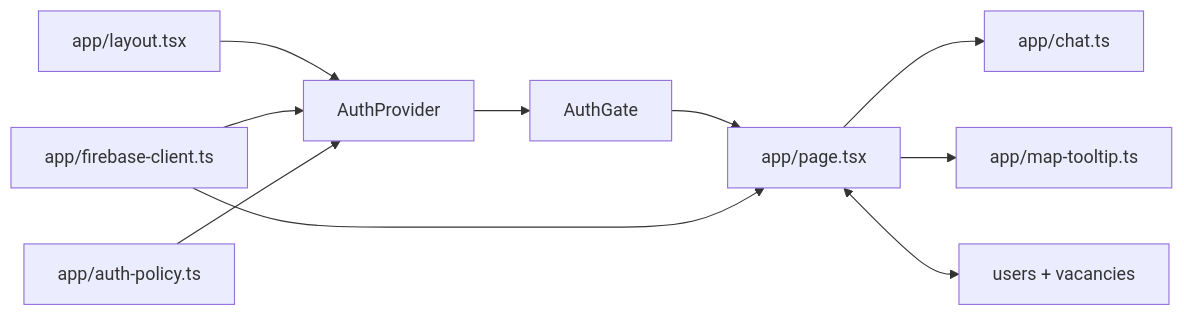
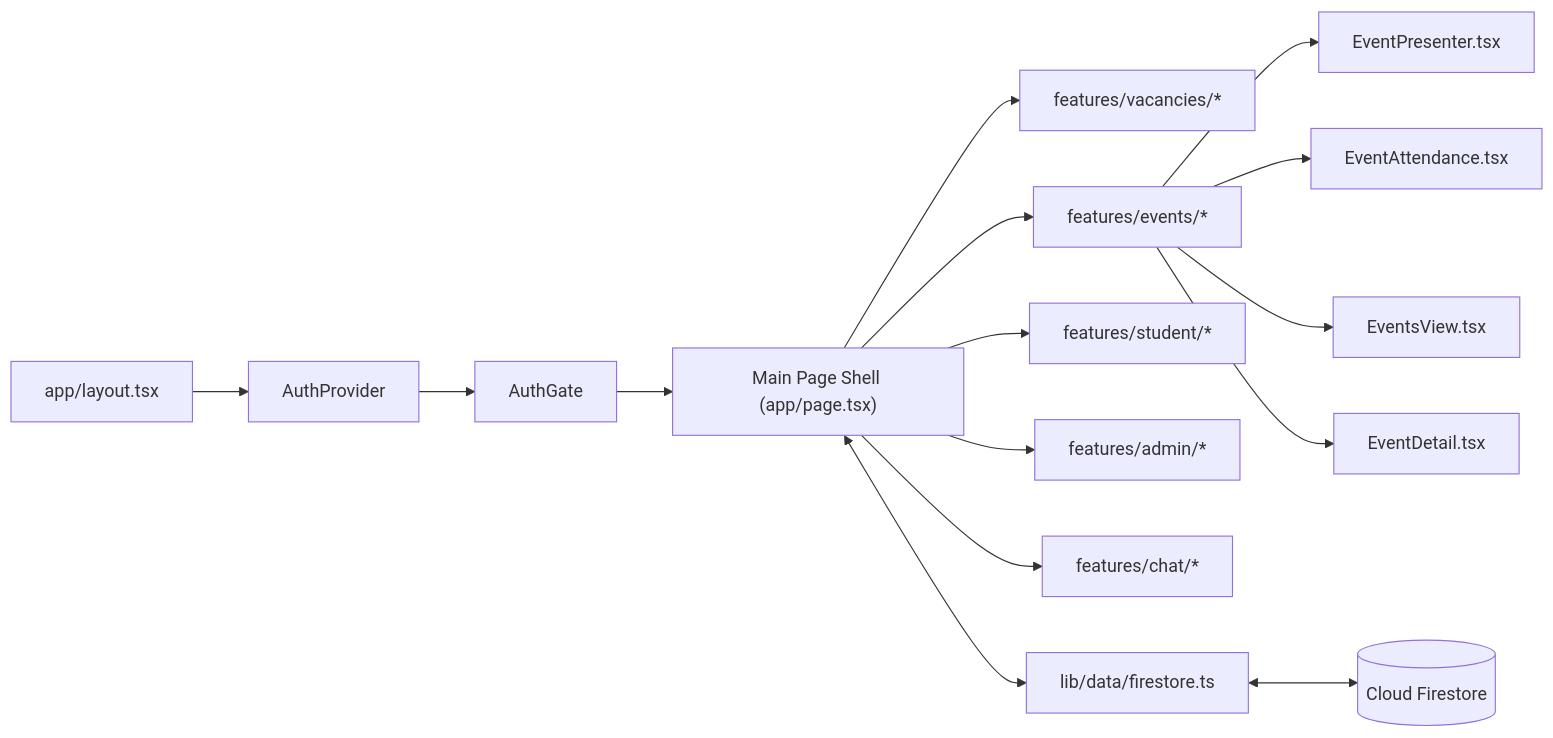
Before and after one commit to SooYM/QIU-Industry-Webapp: the second of 4 diagrams in webapp/docs/SOFTWARE_DOCUMENTATION.md, drawn with Mermaid. The commit also changed other lines of this file and 2 other files, not shown here.

Commit message:
docs(readme): document Events module, 25s rotating QR anti-cheat attendance, and CCA verification

````diff
--- a/webapp/docs/SOFTWARE_DOCUMENTATION.md
+++ b/webapp/docs/SOFTWARE_DOCUMENTATION.md
@@ -78,12 +127,20 @@
 ```mermaid
 flowchart LR
     Layout["app/layout.tsx"] --> Provider["AuthProvider"]
     Provider --> Gate["AuthGate"]
-    Gate --> Page["app/page.tsx"]
-    FirebaseClient["app/firebase-client.ts"] --> Provider
-    FirebaseClient --> Page
-    Policy["app/auth-policy.ts"] --> Provider
-    Page --> Chat["app/chat.ts"]
-    Page --> Tooltip["app/map-tooltip.ts"]
-    Page <--> Firestore["users + vacancies"]
+    Gate --> Shell["Main Page Shell (app/page.tsx)"]
+    
+    Shell --> VacanciesModule["features/vacancies/*"]
+    Shell --> EventsModule["features/events/*"]
+    Shell --> StudentModule["features/student/*"]
+    Shell --> AdminModule["features/admin/*"]
+    Shell --> ChatModule["features/chat/*"]
+
+    EventsModule --> EventPresenter["EventPresenter.tsx"]
+    EventsModule --> EventAttendance["EventAttendance.tsx"]
+    EventsModule --> EventsView["EventsView.tsx"]
+    EventsModule --> EventDetail["EventDetail.tsx"]
+
+    FirestoreAccess["lib/data/firestore.ts"] <--> Firestore[("Cloud Firestore")]
+    Shell <--> FirestoreAccess
 ```
````
